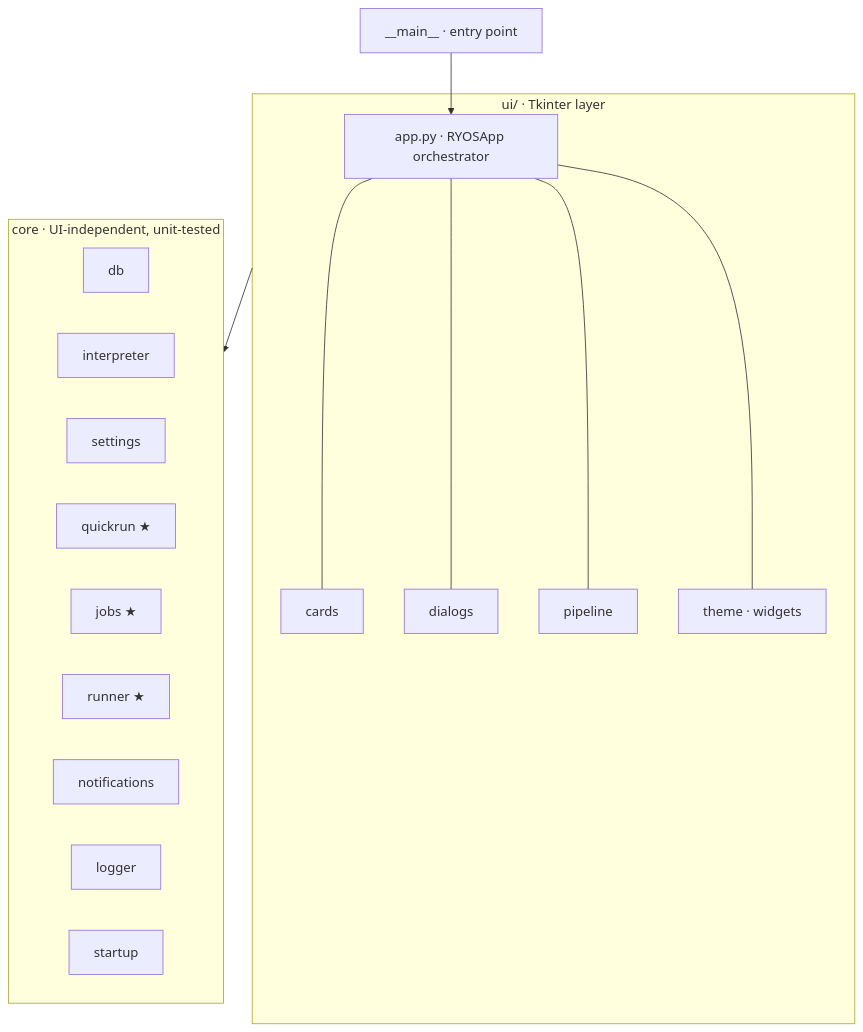
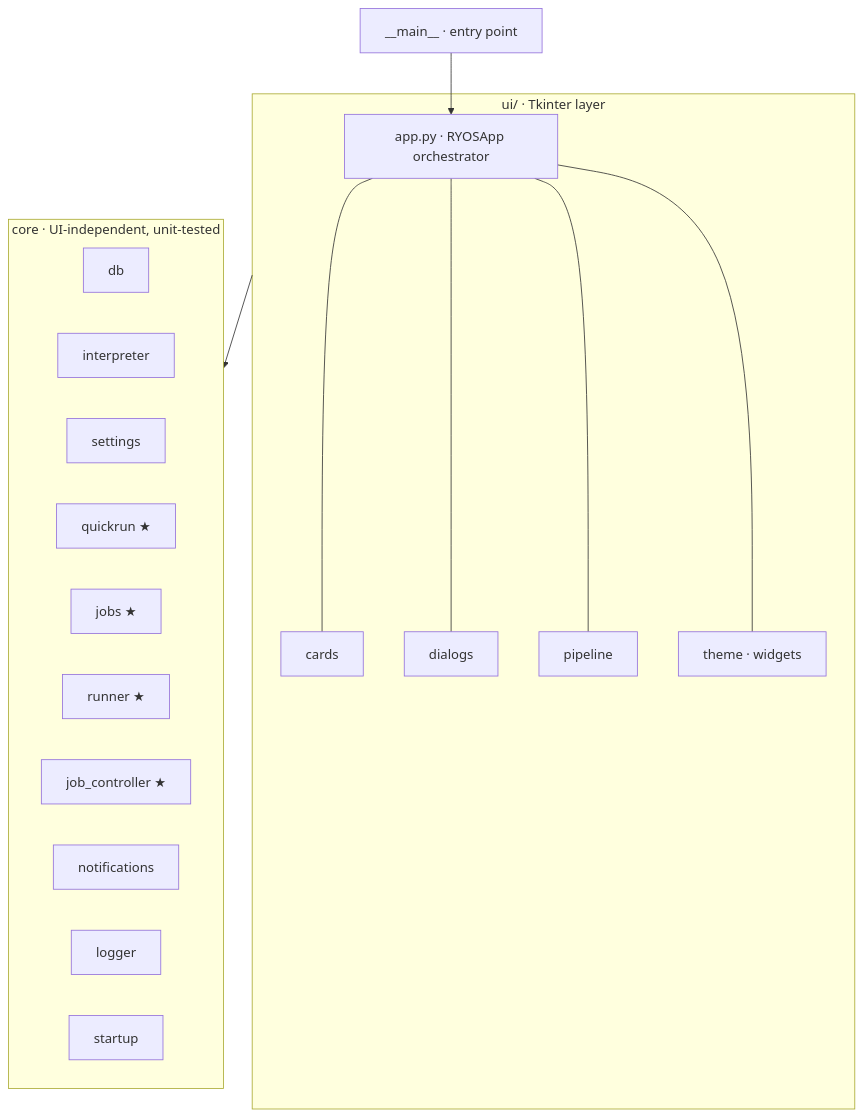
The diagram in docs/ARCHITECTURE.md (lqvu-zen/RYOS), drawn with Mermaid before and after one commit. The commit also changed other lines of this file and 5 other files, not shown here.

Commit message:
refactor: extract job lifecycle into UI-free JobController

````diff
--- a/docs/ARCHITECTURE.md
+++ b/docs/ARCHITECTURE.md
@@ -8,30 +8,31 @@
 ```mermaid
 flowchart TD
     main["__main__ · entry point"] --> app
 
     subgraph ui["ui/ · Tkinter layer"]
         app["app.py · RYOSApp orchestrator"]
         cards["cards"]
         dialogs["dialogs"]
         pipeline["pipeline"]
         theme["theme · widgets"]
         app --- cards
         app --- dialogs
         app --- pipeline
         app --- theme
     end
 
     subgraph core["core · UI-independent, unit-tested"]
         db["db"]
         interpreter["interpreter"]
         settings["settings"]
         quickrun["quickrun ★"]
         jobs["jobs ★"]
         runner["runner ★"]
+        job_controller["job_controller ★"]
         notifications["notifications"]
         logger["logger"]
         startup["startup"]
     end
 
     ui --> core
 ```
````
